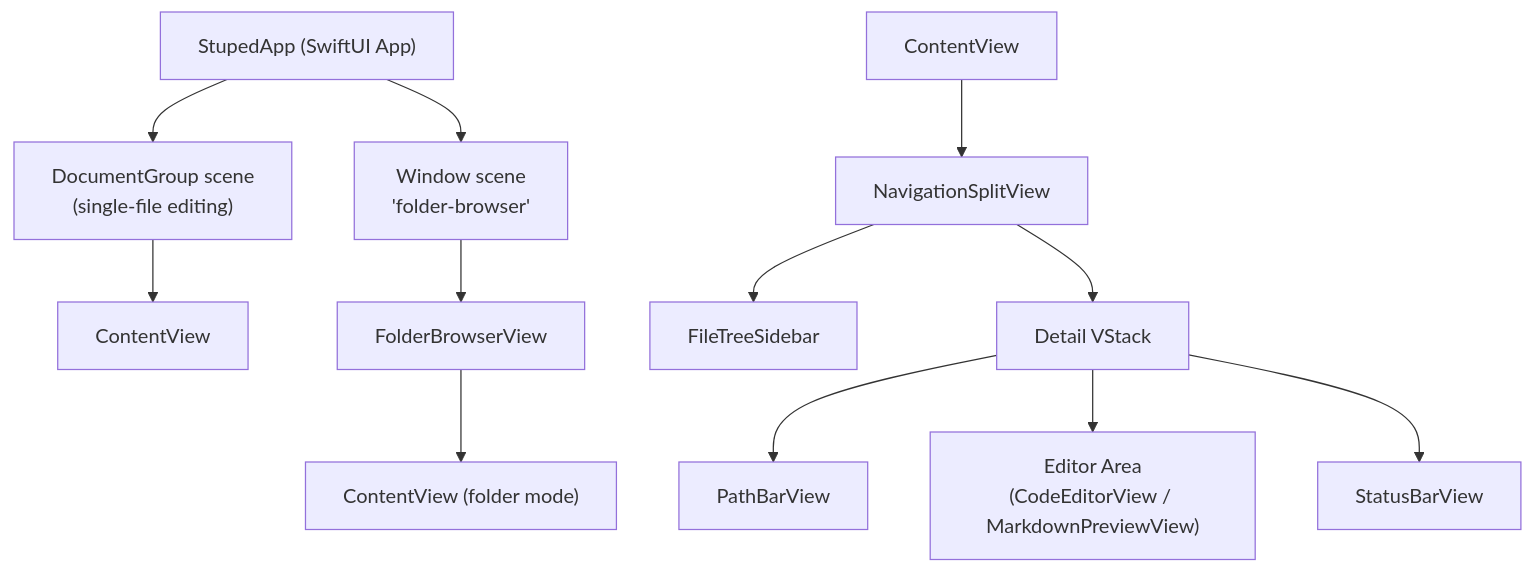
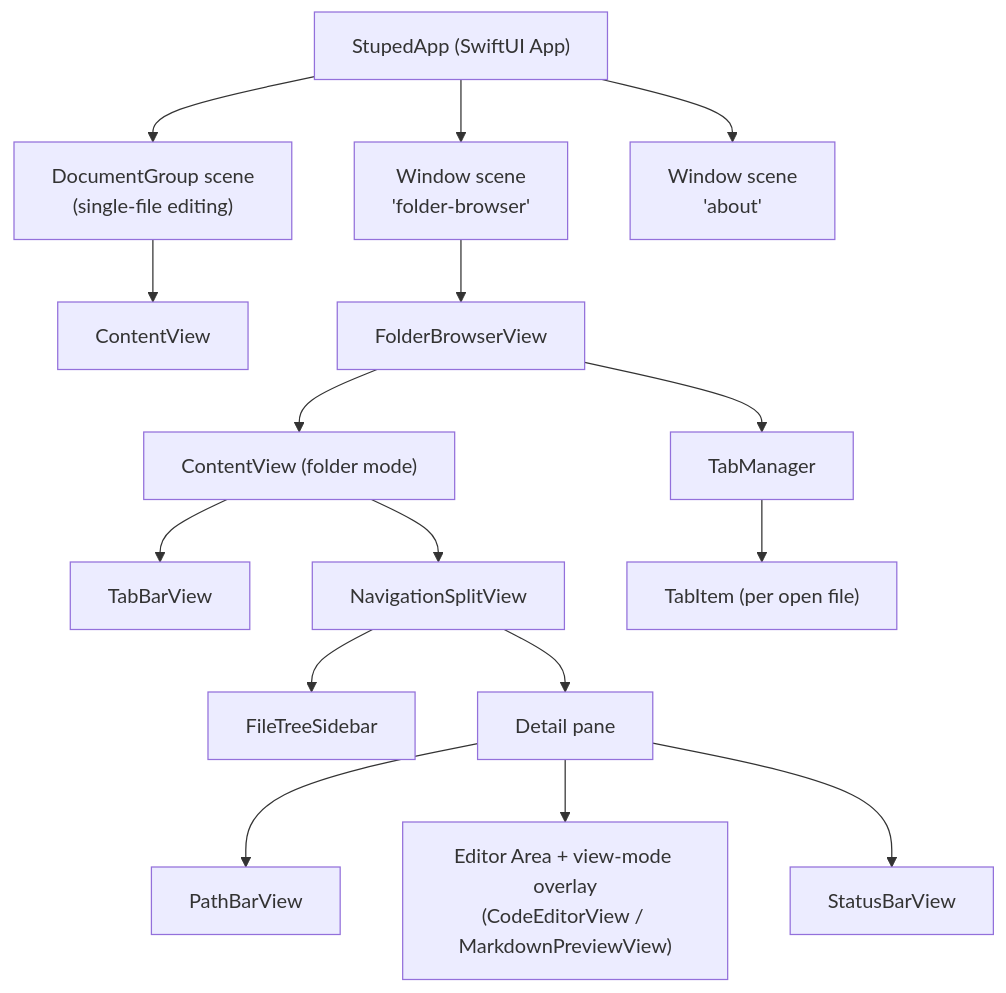
One commit to bjblazko/stuped changed the diagram in doc/spec/overview.md. Above: the diagram before and after it, drawn with Mermaid. The commit also changed other lines of this file and 15 other files, not shown here.

First line of the commit message:
Add tabs, view-mode overlay, icon colors, About dialog; update docs

````diff
--- a/doc/spec/overview.md
+++ b/doc/spec/overview.md
@@ -19,16 +19,19 @@
 ```mermaid
 graph TD
     StupedApp["StupedApp (SwiftUI App)"]
     StupedApp --> DG["DocumentGroup scene\n(single-file editing)"]
     StupedApp --> WS["Window scene\n'folder-browser'"]
+    StupedApp --> WA["Window scene\n'about'"]
     DG --> CV1["ContentView"]
     WS --> FBV["FolderBrowserView"]
+    FBV --> TM["TabManager"]
     FBV --> CV2["ContentView (folder mode)"]
-
-    CV["ContentView"] --> NSV["NavigationSplitView"]
+    CV2 --> TBV["TabBarView"]
+    CV2 --> NSV["NavigationSplitView"]
     NSV --> Sidebar["FileTreeSidebar"]
-    NSV --> Detail["Detail VStack"]
+    NSV --> Detail["Detail pane"]
     Detail --> PBV["PathBarView"]
-    Detail --> EA["Editor Area\n(CodeEditorView / MarkdownPreviewView)"]
+    Detail --> EA["Editor Area + view-mode overlay\n(CodeEditorView / MarkdownPreviewView)"]
     Detail --> SBV["StatusBarView"]
+    TM --> TI["TabItem (per open file)"]
 ```
````
